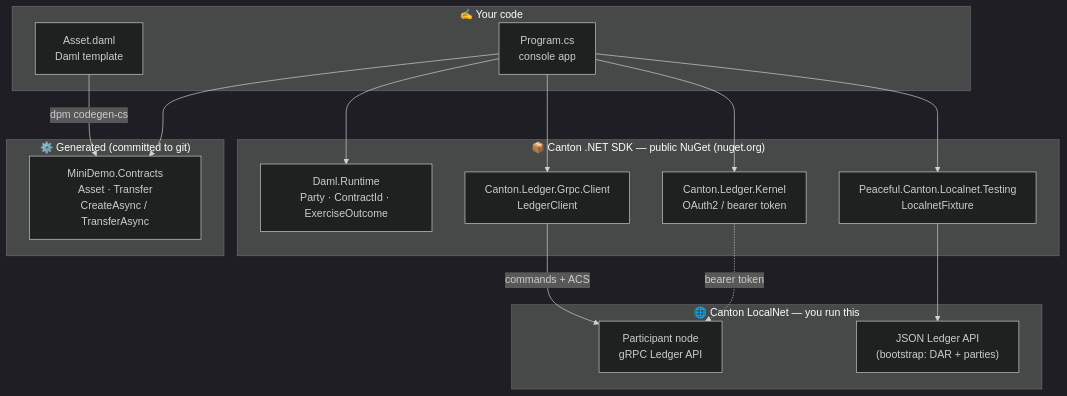
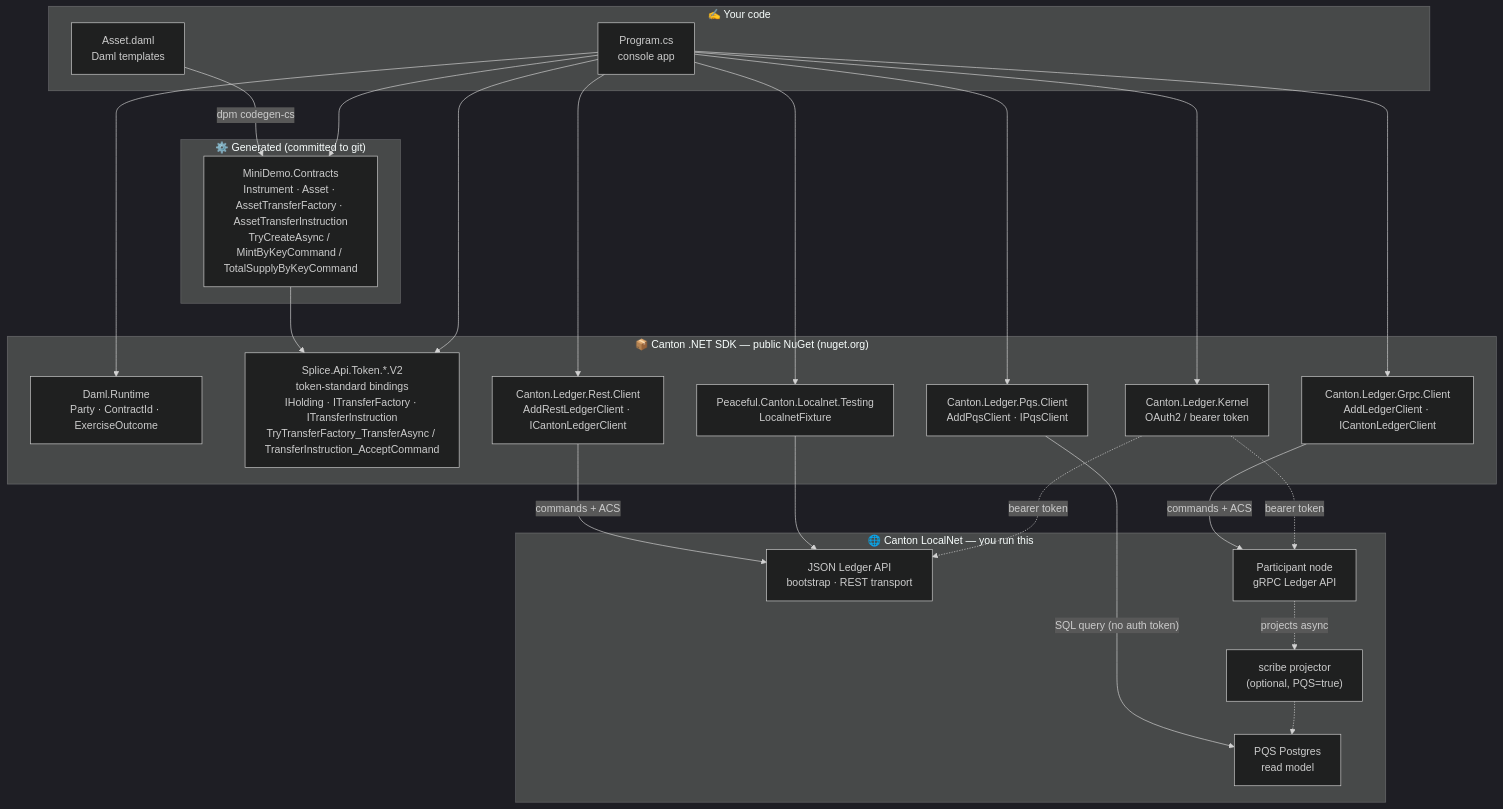
The first of 3 diagrams in README.md (peacefulstudio/canton-dotnet-sdk-mini-demo), drawn with Mermaid (dark theme) before and after one commit. The commit also changed other lines of this file and 65 other files, not shown here.

````diff
--- a/README.md
+++ b/README.md
@@ -57,33 +66,47 @@
 ```mermaid
 flowchart TB
     subgraph you["✍️  Your code"]
-        daml["Asset.daml<br/>Daml template"]
+        daml["Asset.daml<br/>Daml templates"]
         app["Program.cs<br/>console app"]
     end
 
     subgraph gen["⚙️  Generated (committed to git)"]
-        bindings["MiniDemo.Contracts<br/>Asset · Transfer<br/>CreateAsync / TransferAsync"]
+        bindings["MiniDemo.Contracts<br/>Instrument · Asset · AssetTransferFactory · AssetTransferInstruction<br/>TryCreateAsync / MintByKeyCommand / TotalSupplyByKeyCommand"]
     end
 
     subgraph sdk["📦  Canton .NET SDK — public NuGet (nuget.org)"]
         runtime["Daml.Runtime<br/>Party · ContractId · ExerciseOutcome"]
-        grpc["Canton.Ledger.Grpc.Client<br/>LedgerClient"]
+        splice["Splice.Api.Token.*.V2<br/>token-standard bindings<br/>IHolding · ITransferFactory · ITransferInstruction<br/>TryTransferFactory_TransferAsync / TransferInstruction_AcceptCommand"]
+        grpc["Canton.Ledger.Grpc.Client<br/>AddLedgerClient · ICantonLedgerClient"]
+        rest["Canton.Ledger.Rest.Client<br/>AddRestLedgerClient · ICantonLedgerClient"]
+        pqs["Canton.Ledger.Pqs.Client<br/>AddPqsClient · IPqsClient"]
         kernel["Canton.Ledger.Kernel<br/>OAuth2 / bearer token"]
         fixture["Peaceful.Canton.Localnet.Testing<br/>LocalnetFixture"]
     end
 
     subgraph net["🌐  Canton LocalNet — you run this"]
-        json["JSON Ledger API<br/>(bootstrap: DAR + parties)"]
+        json["JSON Ledger API<br/>bootstrap · REST transport"]
         node["Participant node<br/>gRPC Ledger API"]
+        scribe["scribe projector<br/>(optional, PQS=true)"]
+        pg["PQS Postgres<br/>read model"]
     end
 
     daml -->|"dpm codegen-cs"| bindings
     app --> bindings
+    bindings --> splice
+    app --> splice
     app --> runtime
     app --> grpc
+    app --> rest
+    app --> pqs
     app --> kernel
     app --> fixture
     grpc -->|"commands + ACS"| node
+    rest -->|"commands + ACS"| json
+    pqs -->|"SQL query (no auth token)"| pg
+    node -.->|"projects async"| scribe
+    scribe -.-> pg
     fixture --> json
     kernel -. "bearer token" .-> node
+    kernel -. "bearer token" .-> json
 ```
````
